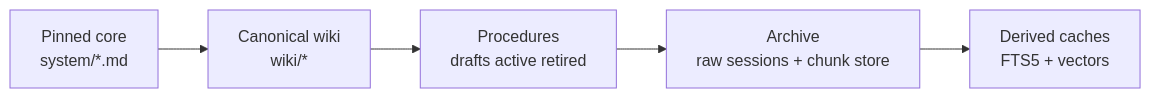
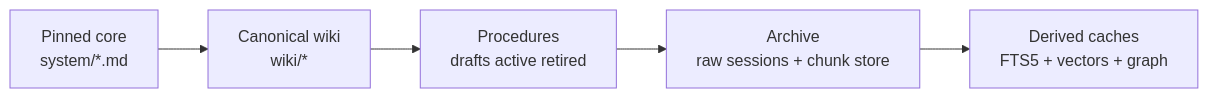
One commit to Jianyu010/MnemonicOS changed the second of 8 diagrams in README.md. Above: the diagram before and after it, drawn with Mermaid. The commit also changed other lines of this file and 13 other files, not shown here.

Commit message:
feat: add phase 3 graph retrieval

````diff
--- a/README.md
+++ b/README.md
@@ -30,7 +32,7 @@
 ```mermaid
 flowchart LR
     L1["Pinned core<br/>system/*.md"] --> L2["Canonical wiki<br/>wiki/*"]
     L2 --> L3["Procedures<br/>drafts active retired"]
     L3 --> L4["Archive<br/>raw sessions + chunk store"]
-    L4 --> L5["Derived caches<br/>FTS5 + vectors"]
+    L4 --> L5["Derived caches<br/>FTS5 + vectors + graph"]
 ```
````
